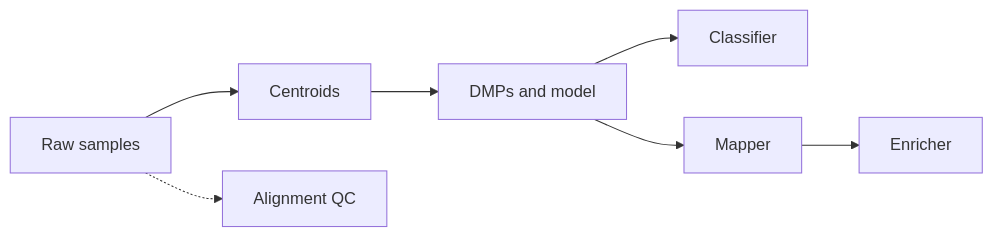
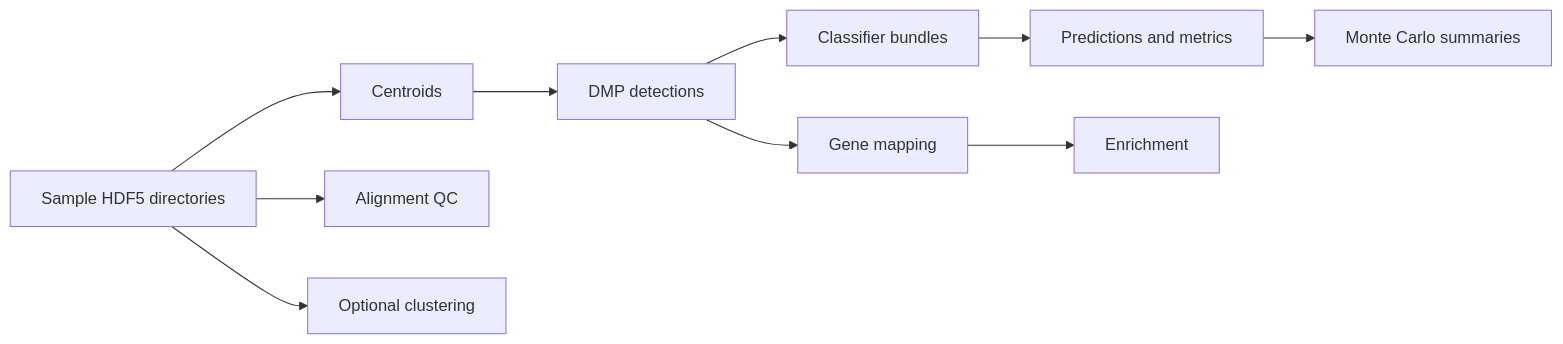
Before and after one commit to Goliath-Research/GoliathWorkflow: the diagram in docs/THEORY_AND_PACKAGES.md, drawn with Mermaid. The commit also changed other lines of this file and 96 other files, not shown here.

````diff
--- a/docs/THEORY_AND_PACKAGES.md
+++ b/docs/THEORY_AND_PACKAGES.md
@@ -50,16 +34,23 @@
 ```mermaid
 flowchart LR
-  Samples[Raw samples]
+  Samples[Sample HDF5 directories]
   Centroids[Centroids]
-  DMPs[DMPs and model]
-  Classifier[Classifier]
-  Mapper[Mapper]
-  Enricher[Enricher]
+  Detections[DMP detections]
+  Classifiers[Classifier bundles]
+  Predictor[Predictions and metrics]
+  Validation[Monte Carlo summaries]
+  Mapper[Gene mapping]
+  Enricher[Enrichment]
   QC[Alignment QC]
+  Cluster[Optional clustering]
+
   Samples --> Centroids
-  Centroids --> DMPs
-  DMPs --> Classifier
-  DMPs --> Mapper
+  Samples --> QC
+  Samples --> Cluster
+  Centroids --> Detections
+  Detections --> Classifiers
+  Classifiers --> Predictor
+  Predictor --> Validation
+  Detections --> Mapper
   Mapper --> Enricher
-  Samples -.-> QC
 ```
````
